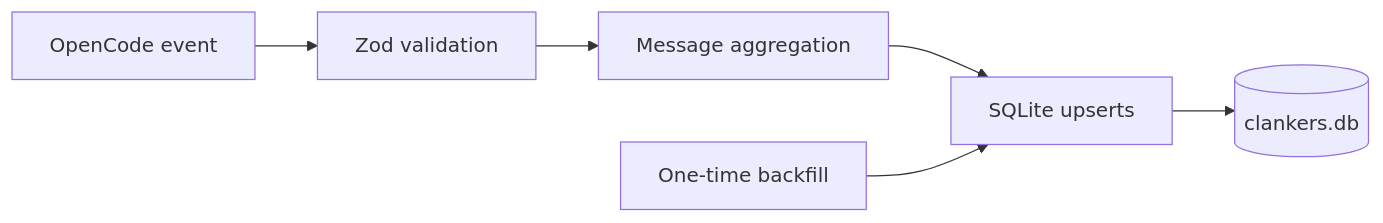
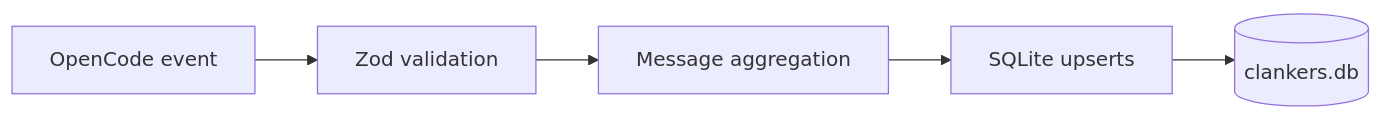
Before and after one commit to dxta-dev/clankers: the diagram in lode/summary.md, drawn with Mermaid. The commit also changed other lines of this file and 24 other files, not shown here.

````diff
--- a/lode/summary.md
+++ b/lode/summary.md
@@ -14,8 +14,7 @@
 ```mermaid
 flowchart LR
   Event[OpenCode event] --> Zod[Zod validation]
   Zod --> Aggregation[Message aggregation]
   Aggregation --> Store[SQLite upserts]
   Store --> SQLite[(clankers.db)]
-  Backfill[One-time backfill] --> Store
 ```
````
